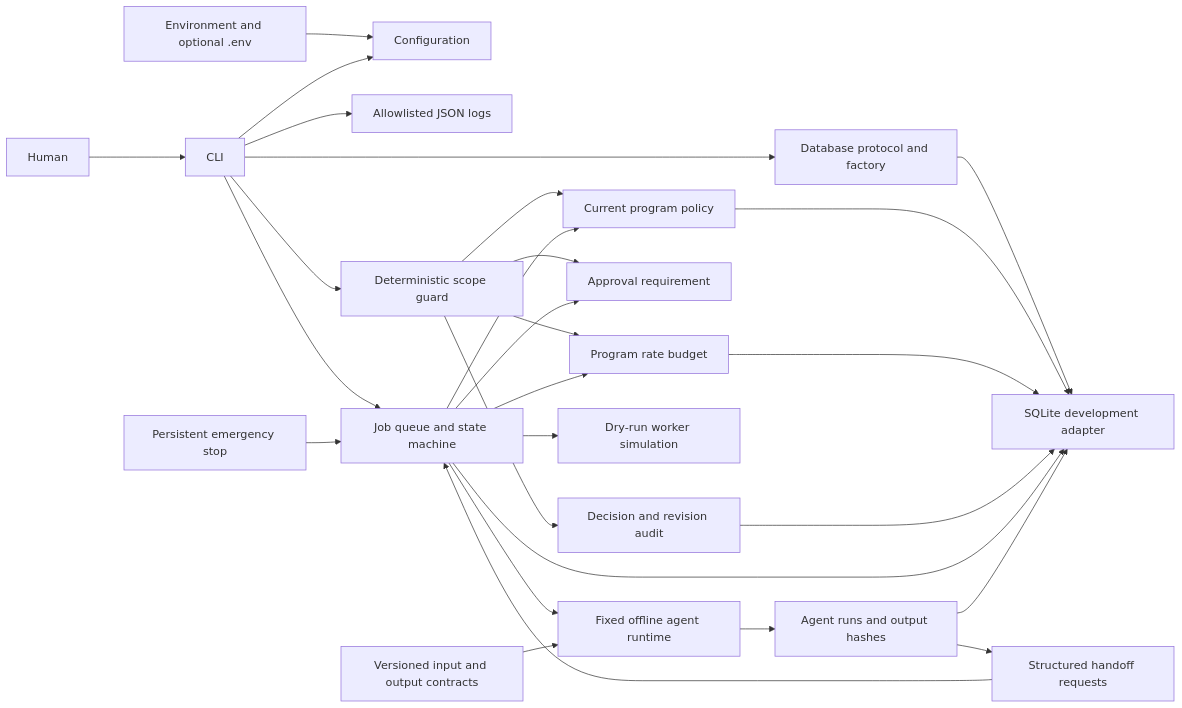
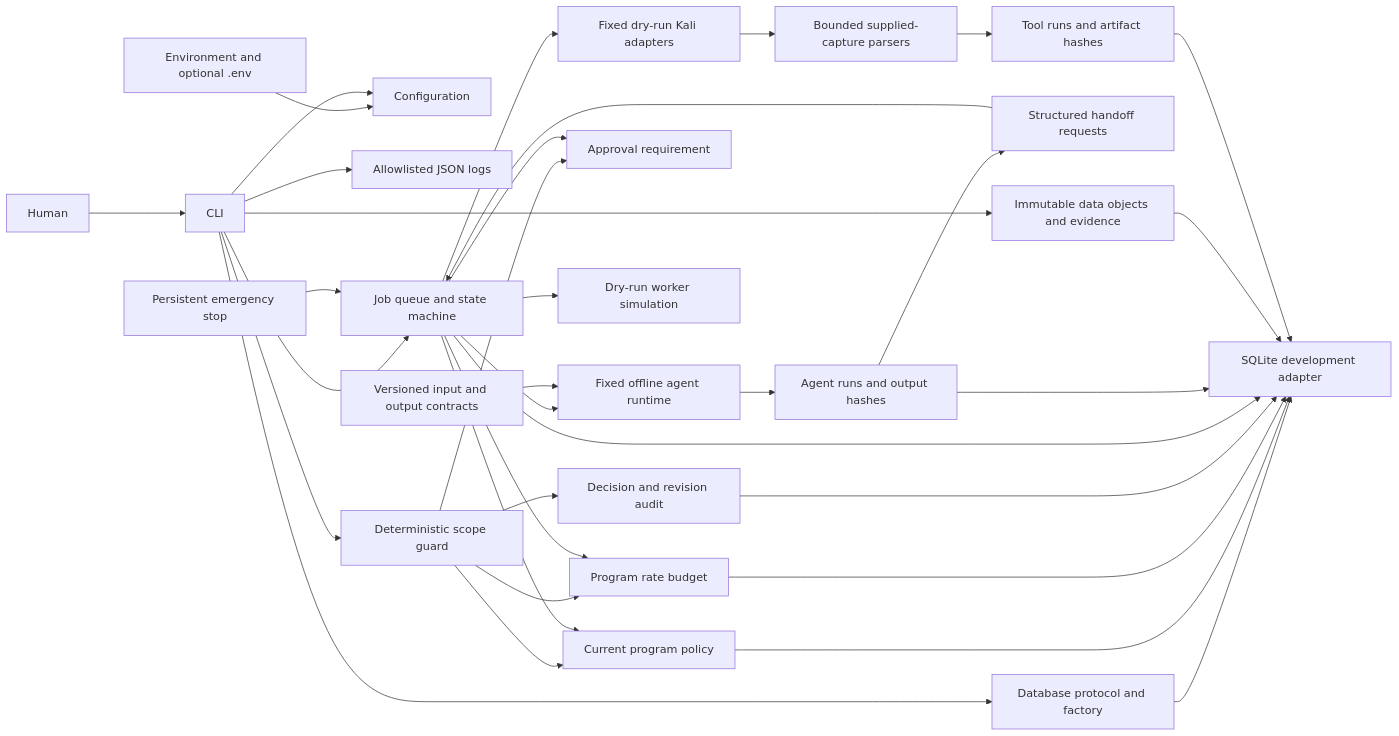
Before and after one commit to anich04/ai-bug-bounty-awareness-: the diagram in docs/architecture.md, drawn with Mermaid. The commit also changed other lines of this file and 17 other files, not shown here.

First line of the commit message:
Add Phase 5 controlled dry-run Kali tool layer

````diff
--- a/docs/architecture.md
+++ b/docs/architecture.md
@@ -3,30 +3,36 @@
 ```mermaid
 flowchart LR
     Human --> CLI
     Environment[Environment and optional .env] --> Configuration
     CLI --> Configuration
     CLI --> Logging[Allowlisted JSON logs]
     CLI --> Boundary[Database protocol and factory]
     Boundary --> SQLite[SQLite development adapter]
     CLI --> Guard[Deterministic scope guard]
     Guard --> Policies[Current program policy]
     Guard --> Budget[Program rate budget]
     Guard --> Approval[Approval requirement]
     Policies --> SQLite
     Budget --> SQLite
     Guard --> Audit[Decision and revision audit]
     Audit --> SQLite
     CLI --> Queue[Job queue and state machine]
     Queue --> Policies
     Queue --> Budget
     Queue --> Approval
     Queue --> SQLite
     Queue --> Simulation[Dry-run worker simulation]
     Stop[Persistent emergency stop] --> Queue
     Queue --> Runtime[Fixed offline agent runtime]
     Contracts[Versioned input and output contracts] --> Runtime
     Runtime --> Runs[Agent runs and output hashes]
     Runs --> SQLite
     Runs --> Handoffs[Structured handoff requests]
     Handoffs --> Queue
+    CLI --> Data[Immutable data objects and evidence]
+    Data --> SQLite
+    Queue --> Tools[Fixed dry-run Kali adapters]
+    Tools --> Captures[Bounded supplied-capture parsers]
+    Captures --> ToolRuns[Tool runs and artifact hashes]
+    ToolRuns --> SQLite
 ```
````
